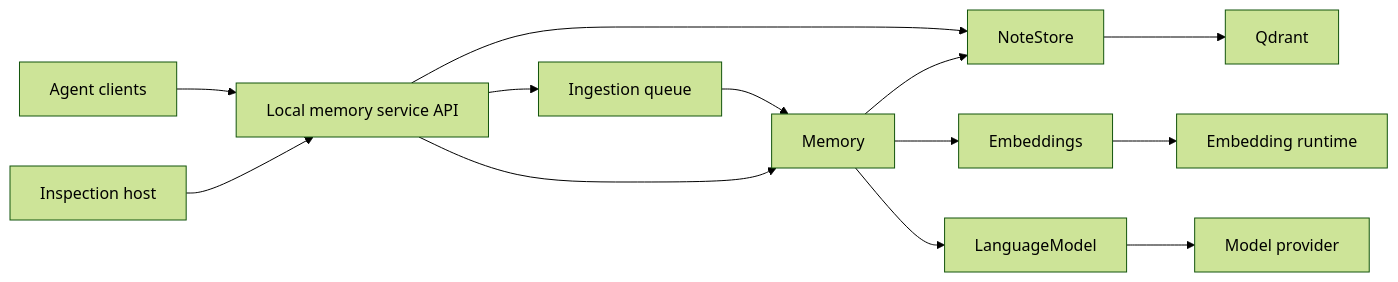
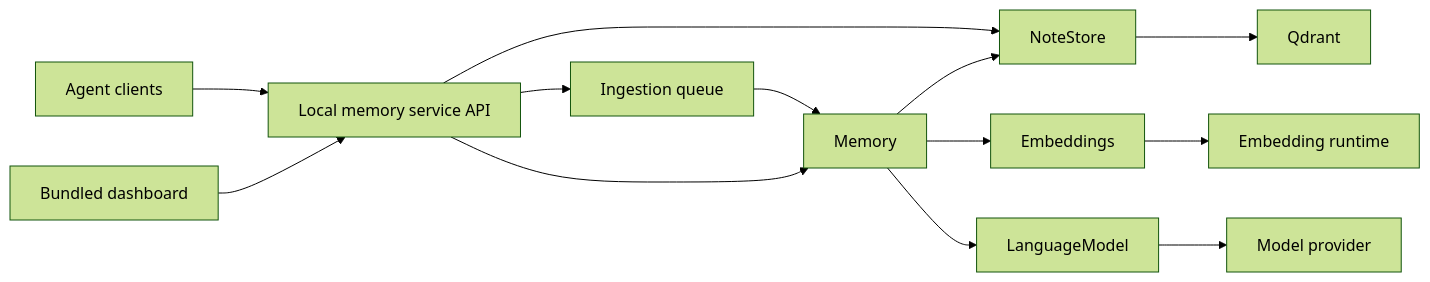
The diagram in docs/architecture.md (saintiago/agentic-memory), drawn with Mermaid (forest theme) before and after one commit. The commit also changed other lines of this file and 3 other files, not shown here.

Commit message:
docs: bundle the dashboard into the local memory service

````diff
--- a/docs/architecture.md
+++ b/docs/architecture.md
@@ -25,15 +25,15 @@
 ```mermaid
 flowchart LR
     Host[Agent clients] --> Service[Local memory service API]
-    Dashboard[Inspection host] --> Service
+    Dashboard[Bundled dashboard] --> Service
     Service --> Queue[Ingestion queue]
     Queue --> Memory
     Service --> Memory
     Service --> NoteStore
     Memory --> NoteStore
     Memory --> Embeddings
     Memory --> LanguageModel
     NoteStore --> Qdrant
     Embeddings --> Encoder[Embedding runtime]
     LanguageModel --> Provider[Model provider]
 ```
````
